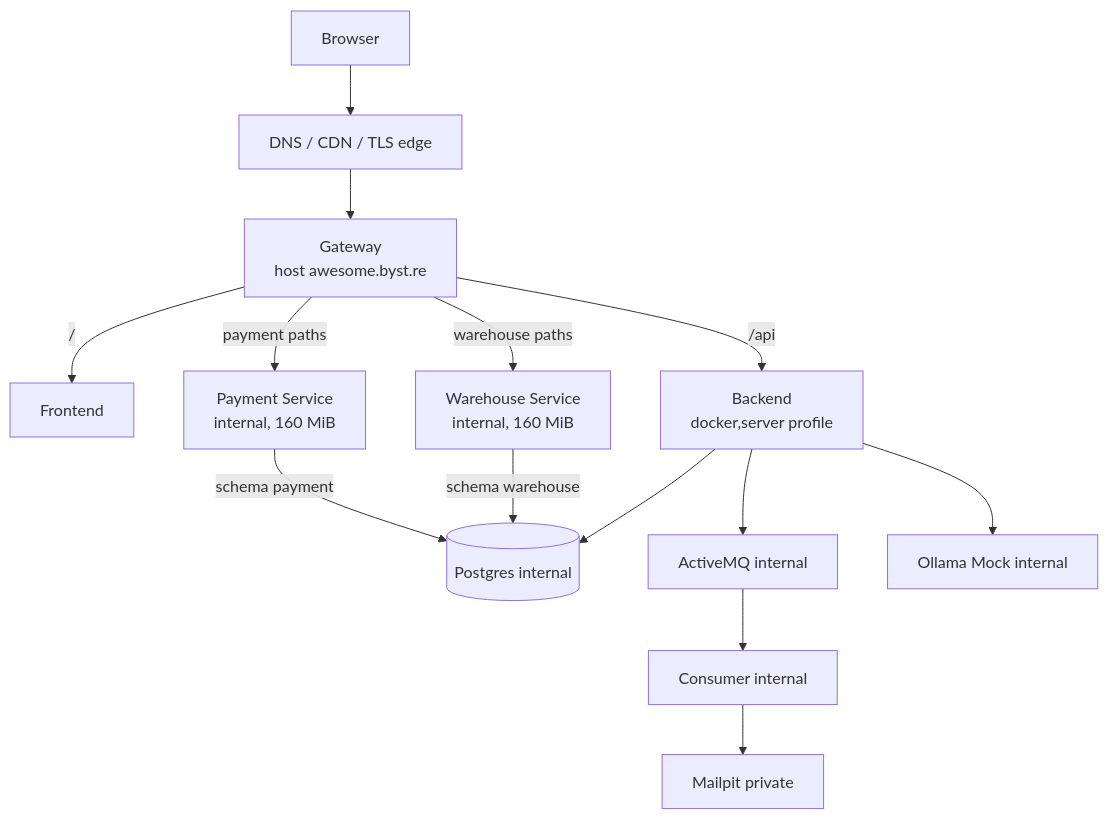
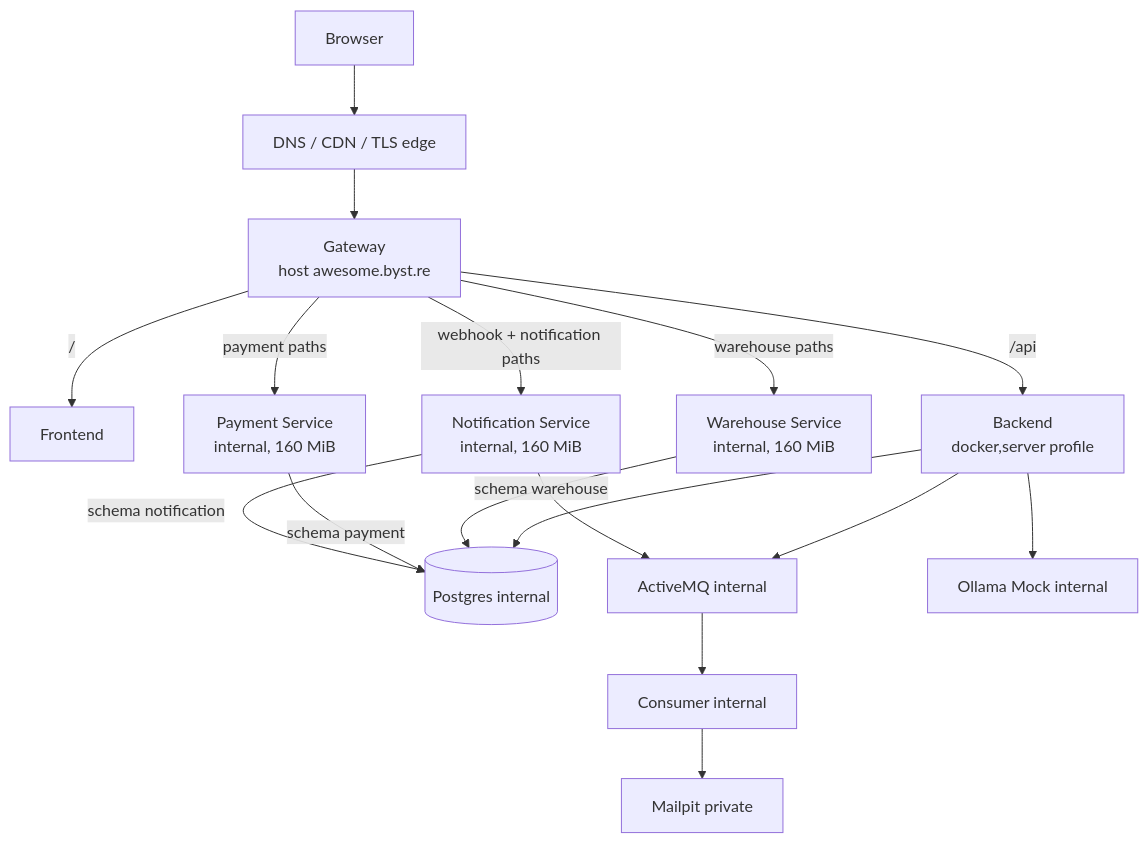
Before and after one commit to slawekradzyminski/awesome-localstack: the fifth of 6 diagrams in docs/PROFILE_URLS.md, drawn with Mermaid. The commit also changed other lines of this file and 32 other files, not shown here.

First line of the commit message:
Document notification-service, reservations and split shipments

````diff
--- a/docs/PROFILE_URLS.md
+++ b/docs/PROFILE_URLS.md
@@ -104,13 +115,16 @@
 ```mermaid
 flowchart TB
     U[Browser] --> CF[DNS / CDN / TLS edge] --> G[Gateway<br/>host awesome.byst.re]
     G -->|/| F[Frontend]
     G -->|/api| B[Backend<br/>docker,server profile]
     G -->|warehouse paths| W[Warehouse Service<br/>internal, 160 MiB]
     G -->|payment paths| PS[Payment Service<br/>internal, 160 MiB]
+    G -->|webhook + notification paths| NS[Notification Service<br/>internal, 160 MiB]
     B --> DB[(Postgres internal)]
     W -->|schema warehouse| DB
     PS -->|schema payment| DB
+    NS -->|schema notification| DB
     B --> MQ[ActiveMQ internal] --> C[Consumer internal] --> MH[Mailpit private]
+    NS --> MQ
     B --> O[Ollama Mock internal]
 ```
````
